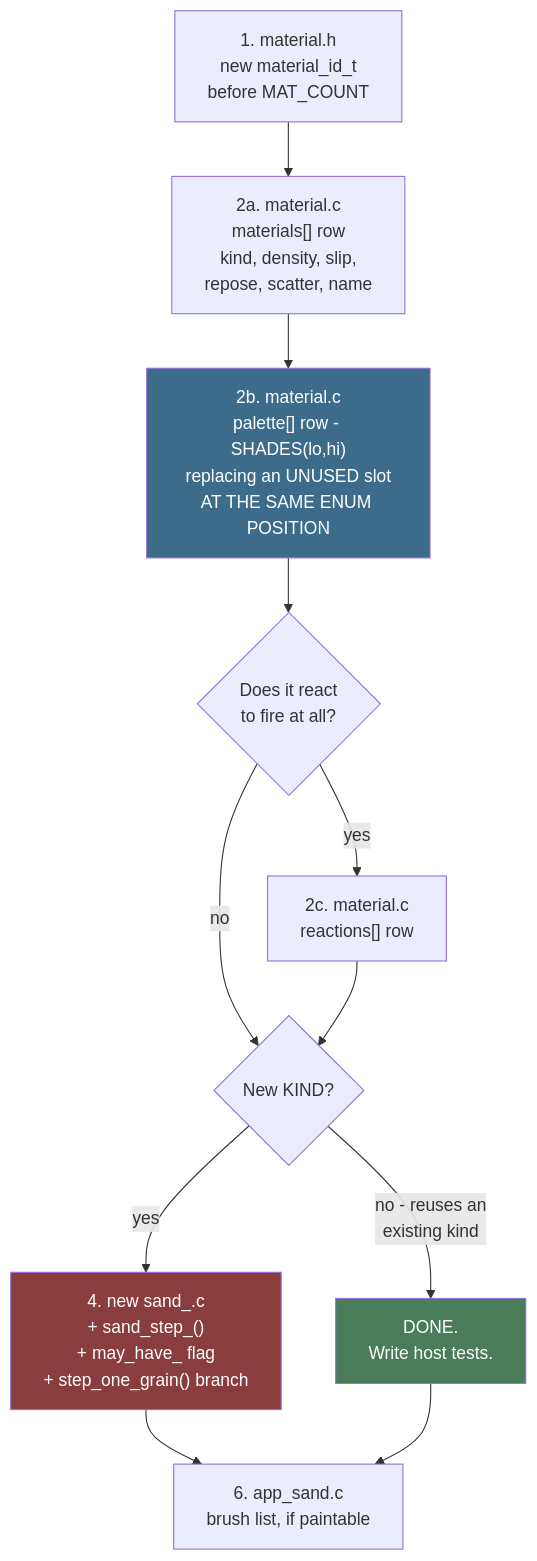
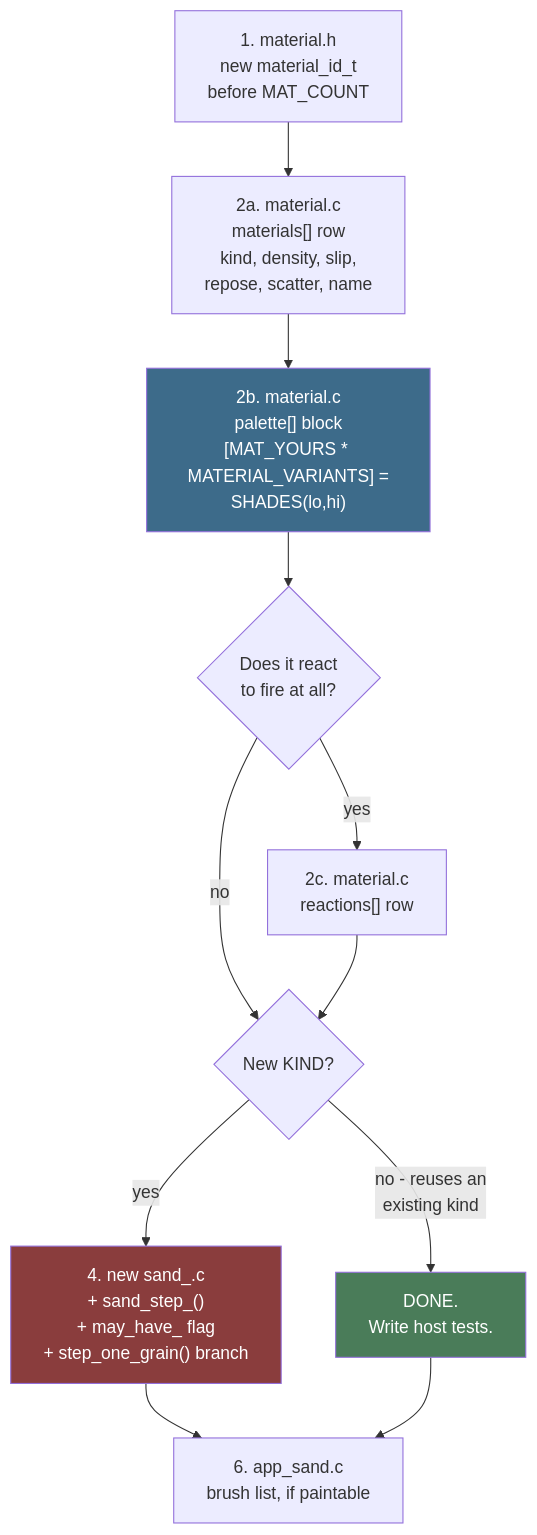
The fourth of 7 diagrams in docs/Sand/Adding-a-Material.md (jose-villegas/esp32-c6-dev), drawn with Mermaid before and after one commit. The commit also changed other lines of this file and 2 other files, not shown here.

First line of the commit message:
Give the palette explicit designators, so a block cannot drift

````diff
--- a/docs/Sand/Adding-a-Material.md
+++ b/docs/Sand/Adding-a-Material.md
@@ -283,17 +283,20 @@
 ```mermaid
 flowchart TD
     A["1. material.h\nnew material_id_t\nbefore MAT_COUNT"] --> B["2a. material.c\nmaterials[] row\nkind, density, slip,\nrepose, scatter, name"]
-    B --> C["2b. material.c\npalette[] row - SHADES(lo,hi)\nreplacing an UNUSED slot\nAT THE SAME ENUM POSITION"]
+    B --> C["2b. material.c
+palette[] block
+[MAT_YOURS * MATERIAL_VARIANTS] =
+SHADES(lo,hi)"]
     C --> D{"Does it react\nto fire at all?"}
     D -- yes --> E["2c. material.c\nreactions[] row"]
     D -- no --> F
     E --> F{"New KIND?"}
     F -- "no - reuses an\nexisting kind" --> G["DONE.\nWrite host tests."]
     F -- yes --> H["4. new sand_<name>.c\n+ sand_step_<name>()\n+ may_have_<name> flag\n+ step_one_grain() branch"]
     H --> I["6. app_sand.c\nbrush list, if paintable"]
     G --> I
 
     style G fill:#4a7c59,color:#fff
     style H fill:#8a3d3d,color:#fff
     style C fill:#3d6b8a,color:#fff
 ```
````
